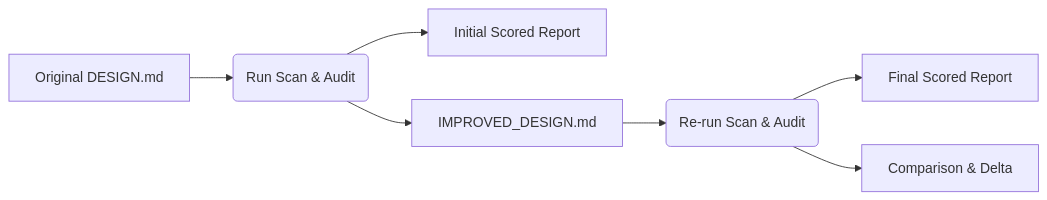
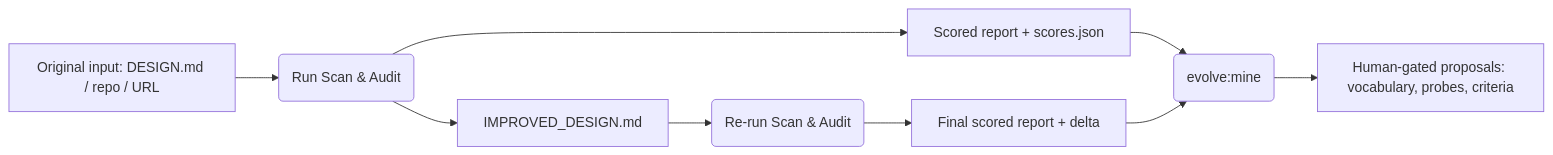
Before and after one commit to cyberskill-official/design-system-audit-framework: the diagram in docs/guidelines/self-improving-loop-guidelines.md, drawn with Mermaid. The commit also changed other lines of this file and 14 other files, not shown here.

````diff
--- a/docs/guidelines/self-improving-loop-guidelines.md
+++ b/docs/guidelines/self-improving-loop-guidelines.md
@@ -11,9 +11,11 @@
 ```mermaid
 flowchart LR
-    A[Original DESIGN.md] --> B(Run Scan & Audit)
-    B --> C[Initial Scored Report]
+    A[Original input: DESIGN.md / repo / URL] --> B(Run Scan & Audit)
+    B --> C[Scored report + scores.json]
     B --> D[IMPROVED_DESIGN.md]
     D --> E(Re-run Scan & Audit)
-    E --> F[Final Scored Report]
-    E --> G[Comparison & Delta]
+    E --> F[Final scored report + delta]
+    C --> G(evolve:mine)
+    F --> G
+    G --> H[Human-gated proposals: vocabulary, probes, criteria]
 ```
````
